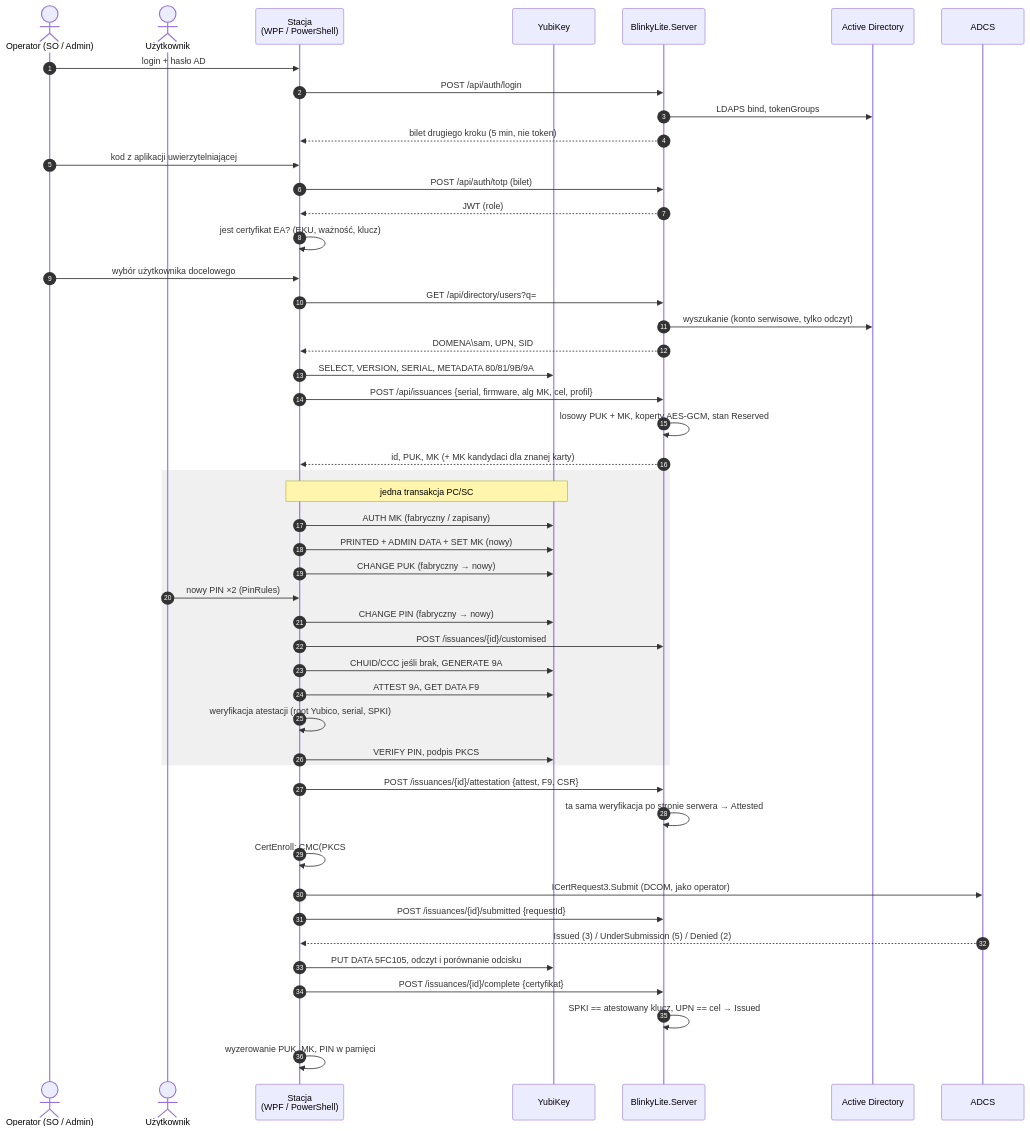
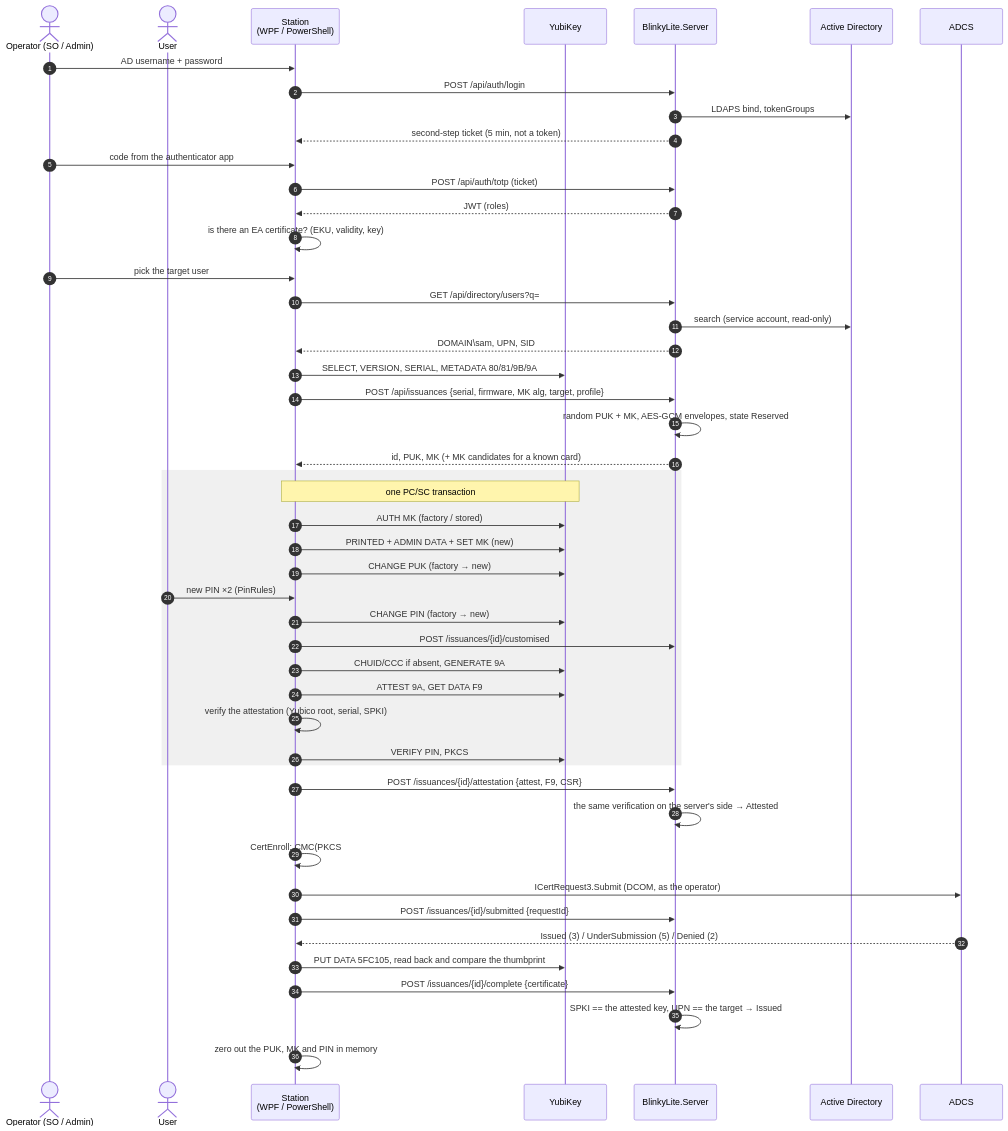
The diagram in docs/02-issuance.md (franekSoftSF/BlinkyLite), drawn with Mermaid before and after one commit. The commit also changed other lines of this file and 30 other files, not shown here.

````diff
--- a/docs/02-issuance.md
+++ b/docs/02-issuance.md
@@ -10,51 +11,51 @@
 ```mermaid
 sequenceDiagram
     autonumber
     actor SO as Operator (SO / Admin)
-    actor U as Użytkownik
-    participant C as Stacja<br/>(WPF / PowerShell)
+    actor U as User
+    participant C as Station<br/>(WPF / PowerShell)
     participant K as YubiKey
     participant S as BlinkyLite.Server
     participant AD as Active Directory
     participant CA as ADCS
 
-    SO->>C: login + hasło AD
+    SO->>C: AD username + password
     C->>S: POST /api/auth/login
     S->>AD: LDAPS bind, tokenGroups
-    S-->>C: bilet drugiego kroku (5 min, nie token)
-    SO->>C: kod z aplikacji uwierzytelniającej
-    C->>S: POST /api/auth/totp (bilet)
-    S-->>C: JWT (role)
-    C->>C: jest certyfikat EA? (EKU, ważność, klucz)
-    SO->>C: wybór użytkownika docelowego
+    S-->>C: second-step ticket (5 min, not a token)
+    SO->>C: code from the authenticator app
+    C->>S: POST /api/auth/totp (ticket)
+    S-->>C: JWT (roles)
+    C->>C: is there an EA certificate? (EKU, validity, key)
+    SO->>C: pick the target user
     C->>S: GET /api/directory/users?q=
-    S->>AD: wyszukanie (konto serwisowe, tylko odczyt)
-    S-->>C: DOMENA\sam, UPN, SID
+    S->>AD: search (service account, read-only)
+    S-->>C: DOMAIN\sam, UPN, SID
     C->>K: SELECT, VERSION, SERIAL, METADATA 80/81/9B/9A
-    C->>S: POST /api/issuances {serial, firmware, alg MK, cel, profil}
-    S->>S: losowy PUK + MK, koperty AES-GCM, stan Reserved
-    S-->>C: id, PUK, MK (+ MK kandydaci dla znanej karty)
+    C->>S: POST /api/issuances {serial, firmware, MK alg, target, profile}
+    S->>S: random PUK + MK, AES-GCM envelopes, state Reserved
+    S-->>C: id, PUK, MK (+ MK candidates for a known card)
     rect rgba(128,128,128,0.12)
-    note over C,K: jedna transakcja PC/SC
-    C->>K: AUTH MK (fabryczny / zapisany)
-    C->>K: PRINTED + ADMIN DATA + SET MK (nowy)
-    C->>K: CHANGE PUK (fabryczny → nowy)
-    U->>C: nowy PIN ×2 (PinRules)
-    C->>K: CHANGE PIN (fabryczny → nowy)
+    note over C,K: one PC/SC transaction
+    C->>K: AUTH MK (factory / stored)
+    C->>K: PRINTED + ADMIN DATA + SET MK (new)
+    C->>K: CHANGE PUK (factory → new)
+    U->>C: new PIN ×2 (PinRules)
+    C->>K: CHANGE PIN (factory → new)
     C->>S: POST /issuances/{id}/customised
-    C->>K: CHUID/CCC jeśli brak, GENERATE 9A
+    C->>K: CHUID/CCC if absent, GENERATE 9A
     C->>K: ATTEST 9A, GET DATA F9
-    C->>C: weryfikacja atestacji (root Yubico, serial, SPKI)
-    C->>K: VERIFY PIN, podpis PKCS#10
+    C->>C: verify the attestation (Yubico root, serial, SPKI)
+    C->>K: VERIFY PIN, PKCS#10 signature
     end
     C->>S: POST /issuances/{id}/attestation {attest, F9, CSR}
-    S->>S: ta sama weryfikacja po stronie serwera → Attested
-    C->>C: CertEnroll: CMC(PKCS#10), RequesterName, podpis EA
-    C->>CA: ICertRequest3.Submit (DCOM, jako operator)
+    S->>S: the same verification on the server's side → Attested
+    C->>C: CertEnroll: CMC(PKCS#10), RequesterName, EA signature
+    C->>CA: ICertRequest3.Submit (DCOM, as the operator)
     C->>S: POST /issuances/{id}/submitted {requestId}
     CA-->>C: Issued (3) / UnderSubmission (5) / Denied (2)
-    C->>K: PUT DATA 5FC105, odczyt i porównanie odcisku
-    C->>S: POST /issuances/{id}/complete {certyfikat}
-    S->>S: SPKI == atestowany klucz, UPN == cel → Issued
-    C->>C: wyzerowanie PUK, MK, PIN w pamięci
+    C->>K: PUT DATA 5FC105, read back and compare the thumbprint
+    C->>S: POST /issuances/{id}/complete {certificate}
+    S->>S: SPKI == the attested key, UPN == the target → Issued
+    C->>C: zero out the PUK, MK and PIN in memory
 ```
````
